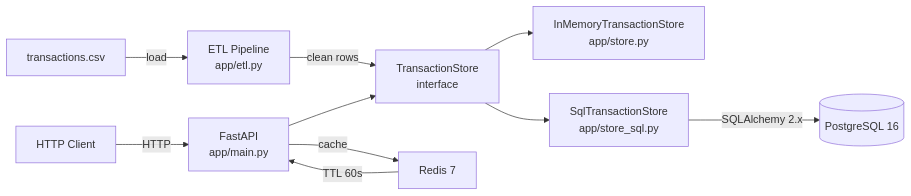
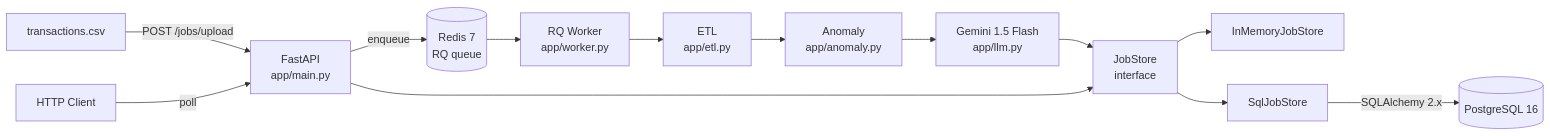
One commit to rifatbond007/AI-Powered-Transaction-Processing-Pipeline changed the diagram in README.md. Above: the diagram before and after it, drawn with Mermaid. The commit also changed other lines of this file and 36 other files, not shown here.

````diff
--- a/README.md
+++ b/README.md
@@ -23,12 +25,15 @@
 ```mermaid
 flowchart LR
-  CSV[transactions.csv] -->|load| ETL[ETL Pipeline<br/>app/etl.py]
-  ETL -->|clean rows| Store[TransactionStore<br/>interface]
-  Store --> IM[InMemoryTransactionStore<br/>app/store.py]
-  Store --> SQL[SqlTransactionStore<br/>app/store_sql.py]
+  CSV[transactions.csv] -->|POST /jobs/upload| API[FastAPI<br/>app/main.py]
+  API -->|enqueue| RQ[(Redis 7<br/>RQ queue)]
+  RQ --> Worker[RQ Worker<br/>app/worker.py]
+  Worker --> ETL[ETL<br/>app/etl.py]
+  ETL --> Anomaly[Anomaly<br/>app/anomaly.py]
+  Anomaly --> LLM[Gemini 1.5 Flash<br/>app/llm.py]
+  LLM --> Store[JobStore<br/>interface]
+  Store --> IM[InMemoryJobStore]
+  Store --> SQL[SqlJobStore]
   SQL -->|SQLAlchemy 2.x| PG[(PostgreSQL 16)]
-  Client[HTTP Client] -->|HTTP| API[FastAPI<br/>app/main.py]
+  Client[HTTP Client] -->|poll| API
   API --> Store
-  API -->|cache| Cache[Redis 7]
-  Cache -->|TTL 60s| API
 ```
````
